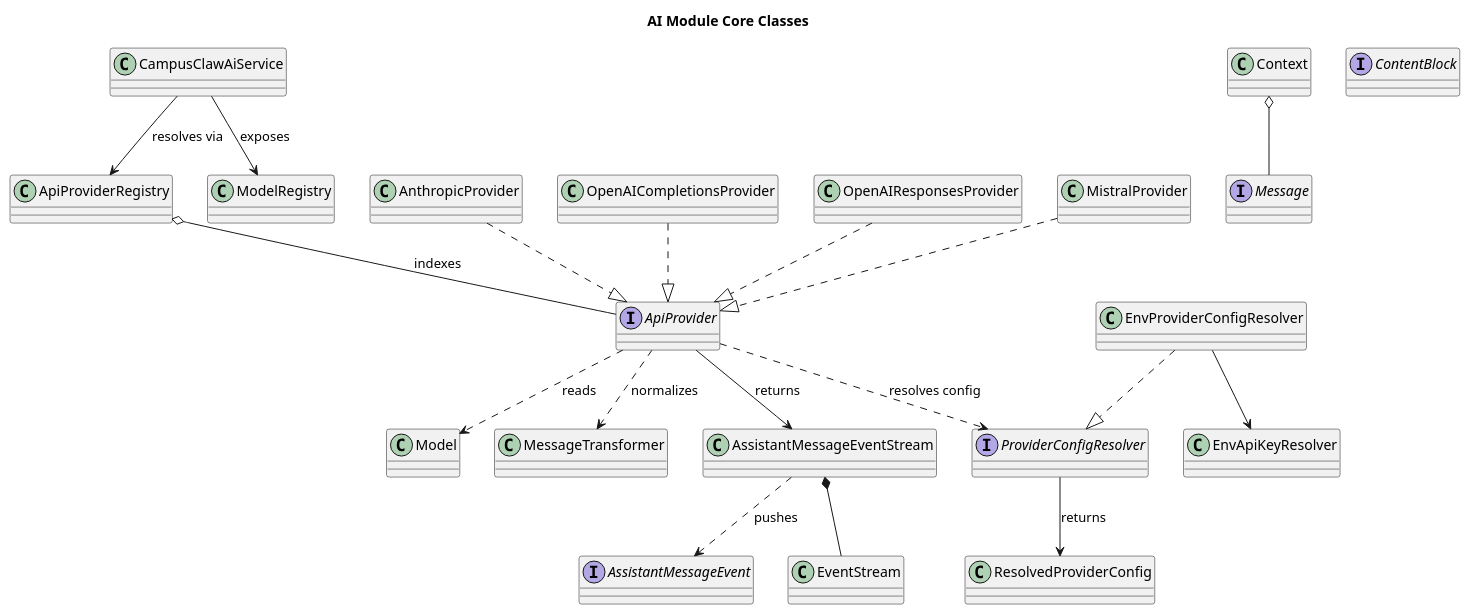
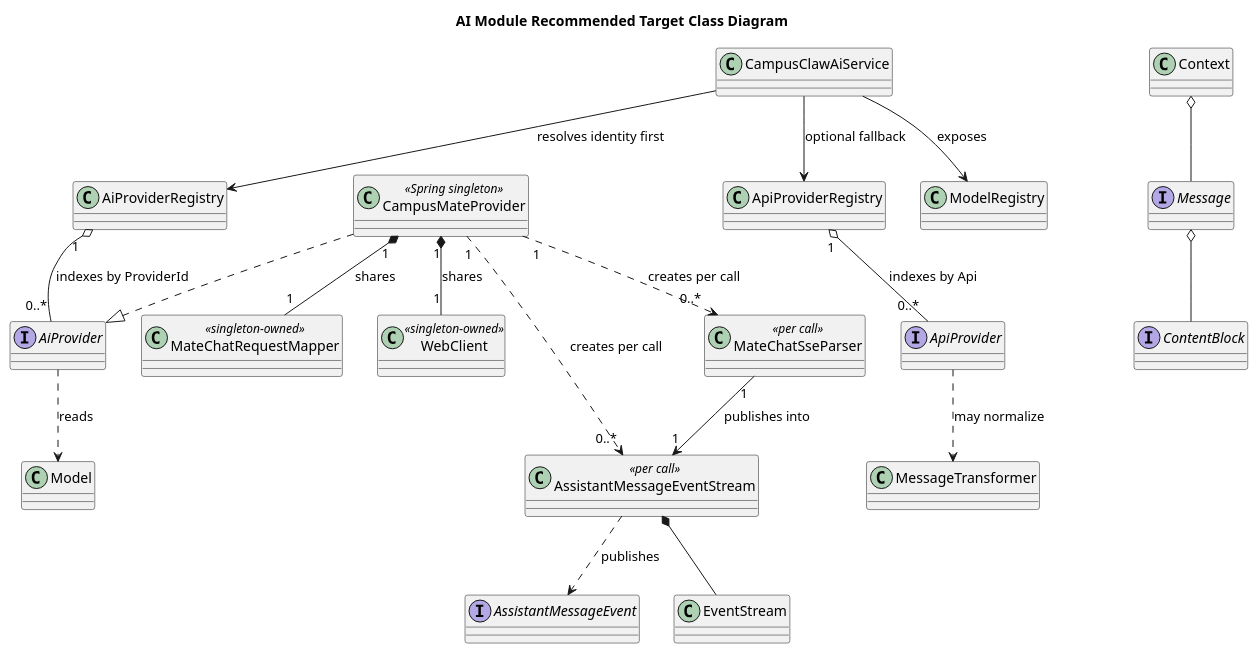
The third of 3 diagrams in docs/designs/ai/diagram.puml (2862282695gjh-afk/pi-mono-java), drawn with PlantUML before and after one commit. The commit also changed other lines of this file and 85 other files, not shown here.

Commit message:
feat(ai): 收敛 CampusMate 模型调用

```diff
--- a/docs/designs/ai/diagram.puml
+++ b/docs/designs/ai/diagram.puml
@@ -58,46 +66,50 @@
 @startuml core-classes
-title AI Module Core Classes
+title AI Module Recommended Target Class Diagram
 skinparam classAttributeIconSize 0
 
-' Source evidence: modules/ai/src/main/java/com/campusclaw/ai/.
-' Design reason: show provider, registry, event stream, and message type boundaries.
+' Source evidence: modules/ai/src/main/java/com/campusclaw/ai/CampusClawAiService.java#streamSimple.
+' Source evidence: modules/ai/src/main/java/com/campusclaw/ai/provider/AiProviderRegistry.java#getProvider.
+' Source evidence: modules/ai/src/main/java/com/campusclaw/ai/provider/ApiProviderRegistry.java#register.
+' Source evidence: modules/ai/src/main/java/com/campusclaw/ai/model/ModelRegistry.java#init.
+' This change: modules/ai/src/main/java/com/campusclaw/ai/provider/mate/CampusMateProvider.java.
+' Design reason: keep identity routing, optional protocol extensions, and model loading explicit.
+' Lifecycle: CampusMateProvider, MateChatRequestMapper, and WebClient are shared by one Spring singleton.
+' Lifecycle: MateChatSseParser and AssistantMessageEventStream are created once per model call.
 
 class CampusClawAiService
+interface AiProvider
+class AiProviderRegistry
+class CampusMateProvider <<Spring singleton>>
 interface ApiProvider
 class ApiProviderRegistry
 class ModelRegistry
-interface ProviderConfigResolver
-class EnvProviderConfigResolver
-class EnvApiKeyResolver
-class ResolvedProviderConfig
-class AnthropicProvider
-class OpenAICompletionsProvider
-class OpenAIResponsesProvider
-class MistralProvider
+class MateChatRequestMapper <<singleton-owned>>
+class WebClient <<singleton-owned>>
+class MateChatSseParser <<per call>>
 interface AssistantMessageEvent
-class AssistantMessageEventStream
+class AssistantMessageEventStream <<per call>>
 class EventStream
 interface Message
 interface ContentBlock
 class Model
 class Context
 class MessageTransformer
 
-CampusClawAiService --> ApiProviderRegistry : resolves via
+CampusClawAiService --> AiProviderRegistry : resolves identity first
+CampusClawAiService --> ApiProviderRegistry : optional fallback
 CampusClawAiService --> ModelRegistry : exposes
-ApiProviderRegistry o-- ApiProvider : indexes
-AnthropicProvider ..|> ApiProvider
-OpenAICompletionsProvider ..|> ApiProvider
-OpenAIResponsesProvider ..|> ApiProvider
-MistralProvider ..|> ApiProvider
-ApiProvider --> AssistantMessageEventStream : returns
+AiProviderRegistry "1" o-- "0..*" AiProvider : indexes by ProviderId
+CampusMateProvider ..|> AiProvider
+ApiProviderRegistry "1" o-- "0..*" ApiProvider : indexes by Api
+CampusMateProvider "1" *-- "1" MateChatRequestMapper : shares
+CampusMateProvider "1" *-- "1" WebClient : shares
+CampusMateProvider "1" ..> "0..*" MateChatSseParser : creates per call
+CampusMateProvider "1" ..> "0..*" AssistantMessageEventStream : creates per call
+MateChatSseParser "1" --> "1" AssistantMessageEventStream : publishes into
 AssistantMessageEventStream *-- EventStream
-AssistantMessageEventStream ..> AssistantMessageEvent : pushes
-ApiProvider ..> ProviderConfigResolver : resolves config
-EnvProviderConfigResolver ..|> ProviderConfigResolver
-EnvProviderConfigResolver --> EnvApiKeyResolver
-ProviderConfigResolver --> ResolvedProviderConfig : returns
-ApiProvider ..> MessageTransformer : normalizes
+AssistantMessageEventStream ..> AssistantMessageEvent : publishes
 Context o-- Message
-ApiProvider ..> Model : reads
+Message o-- ContentBlock
+AiProvider ..> Model : reads
+ApiProvider ..> MessageTransformer : may normalize
 @enduml
```
